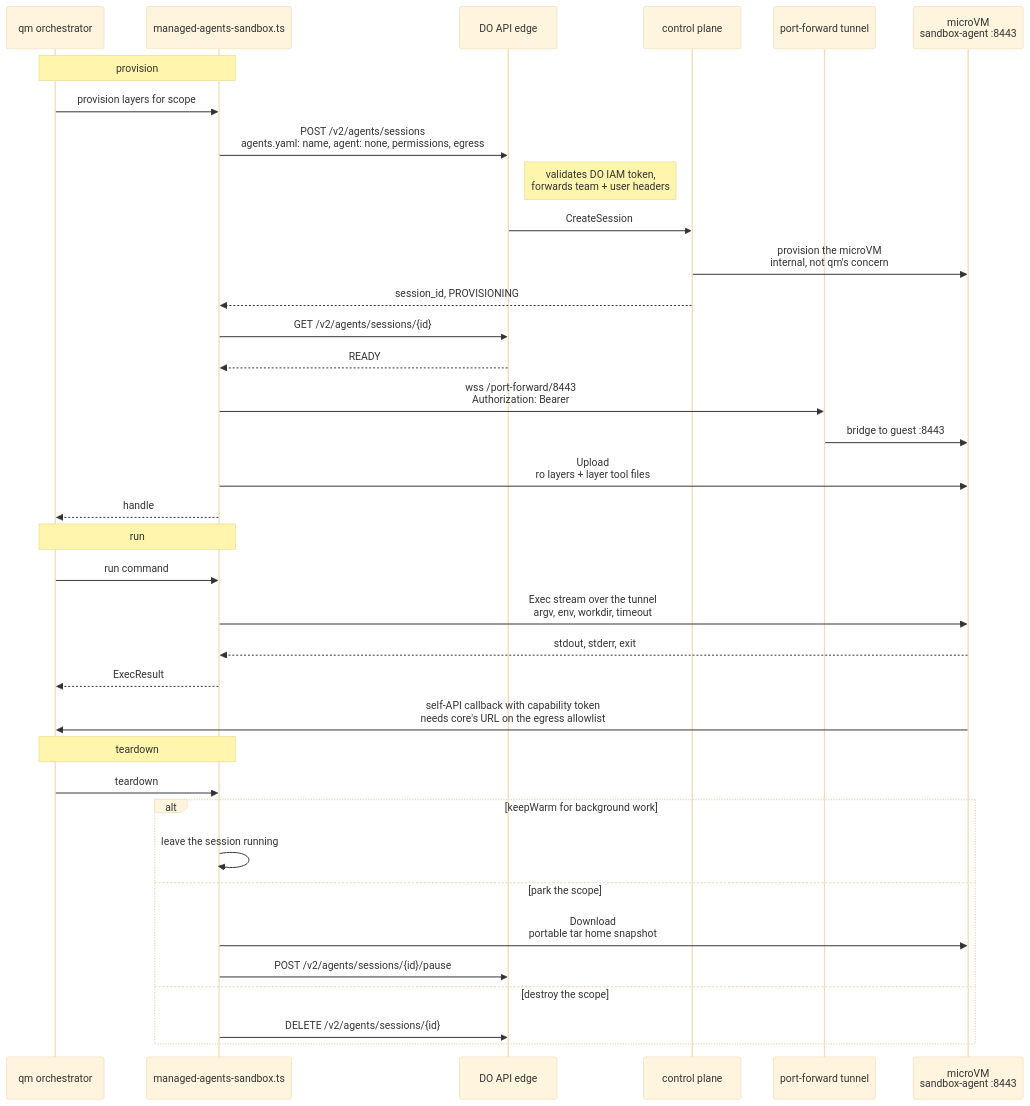
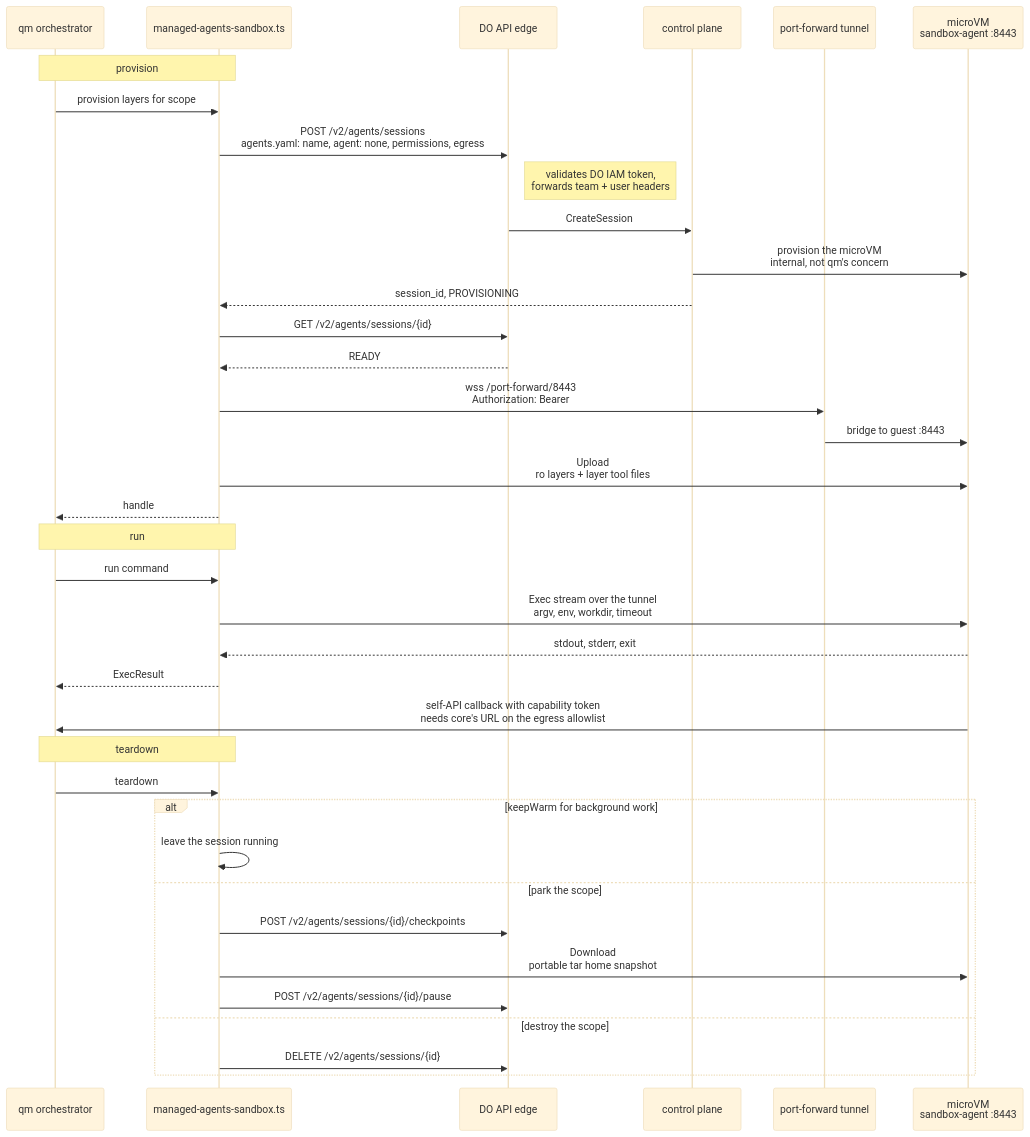
The second of 2 diagrams in adrs/managed-agents-sandbox-backend.md (yc-software/qm), drawn with Mermaid (base theme) before and after one commit. The commit also changed other lines of this file and 7 other files, not shown here.

````diff
--- a/adrs/managed-agents-sandbox-backend.md
+++ b/adrs/managed-agents-sandbox-backend.md
@@ -27,41 +27,42 @@
 ```mermaid
 sequenceDiagram
   participant O as qm orchestrator
   participant B as managed-agents-sandbox.ts
   participant E as DO API edge
   participant H as control plane
   participant T as port-forward tunnel
   participant V as microVM<br/>sandbox-agent :8443
 
   Note over O,B: provision
   O->>B: provision layers for scope
   B->>E: POST /v2/agents/sessions<br/>agents.yaml: name, agent: none, permissions, egress
   Note right of E: validates DO IAM token,<br/>forwards team + user headers
   E->>H: CreateSession
   H->>V: provision the microVM<br/>internal, not qm's concern
   H-->>B: session_id, PROVISIONING
   B->>E: GET /v2/agents/sessions/{id}
   E-->>B: READY
   B->>T: wss /port-forward/8443<br/>Authorization: Bearer
   T->>V: bridge to guest :8443
   B->>V: Upload<br/>ro layers + layer tool files
   B-->>O: handle
 
   Note over O,B: run
   O->>B: run command
   B->>V: Exec stream over the tunnel<br/>argv, env, workdir, timeout
   V-->>B: stdout, stderr, exit
   B-->>O: ExecResult
   V->>O: self-API callback with capability token<br/>needs core's URL on the egress allowlist
 
   Note over O,B: teardown
   O->>B: teardown
   alt keepWarm for background work
     B->>B: leave the session running
   else park the scope
+    B->>E: POST /v2/agents/sessions/{id}/checkpoints
     B->>V: Download<br/>portable tar home snapshot
     B->>E: POST /v2/agents/sessions/{id}/pause
   else destroy the scope
     B->>E: DELETE /v2/agents/sessions/{id}
   end
 ```
````
